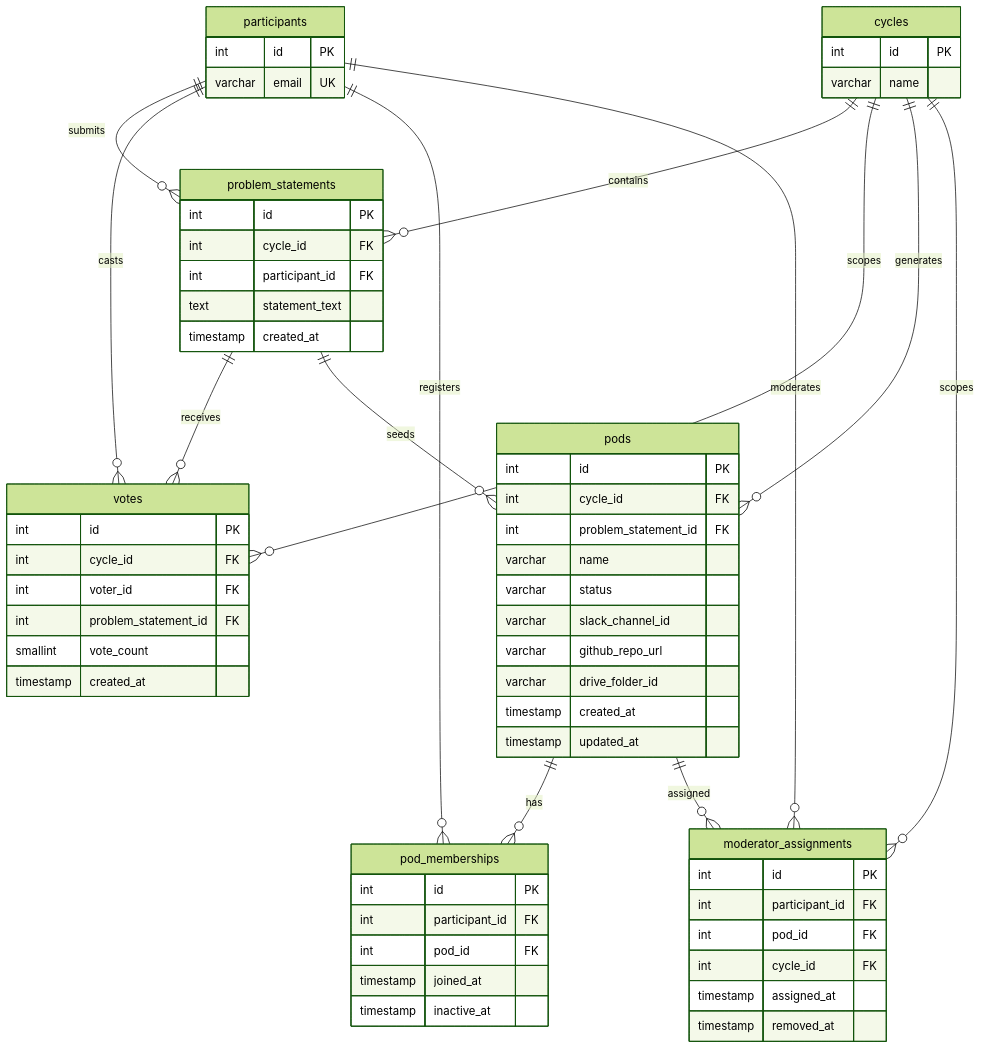
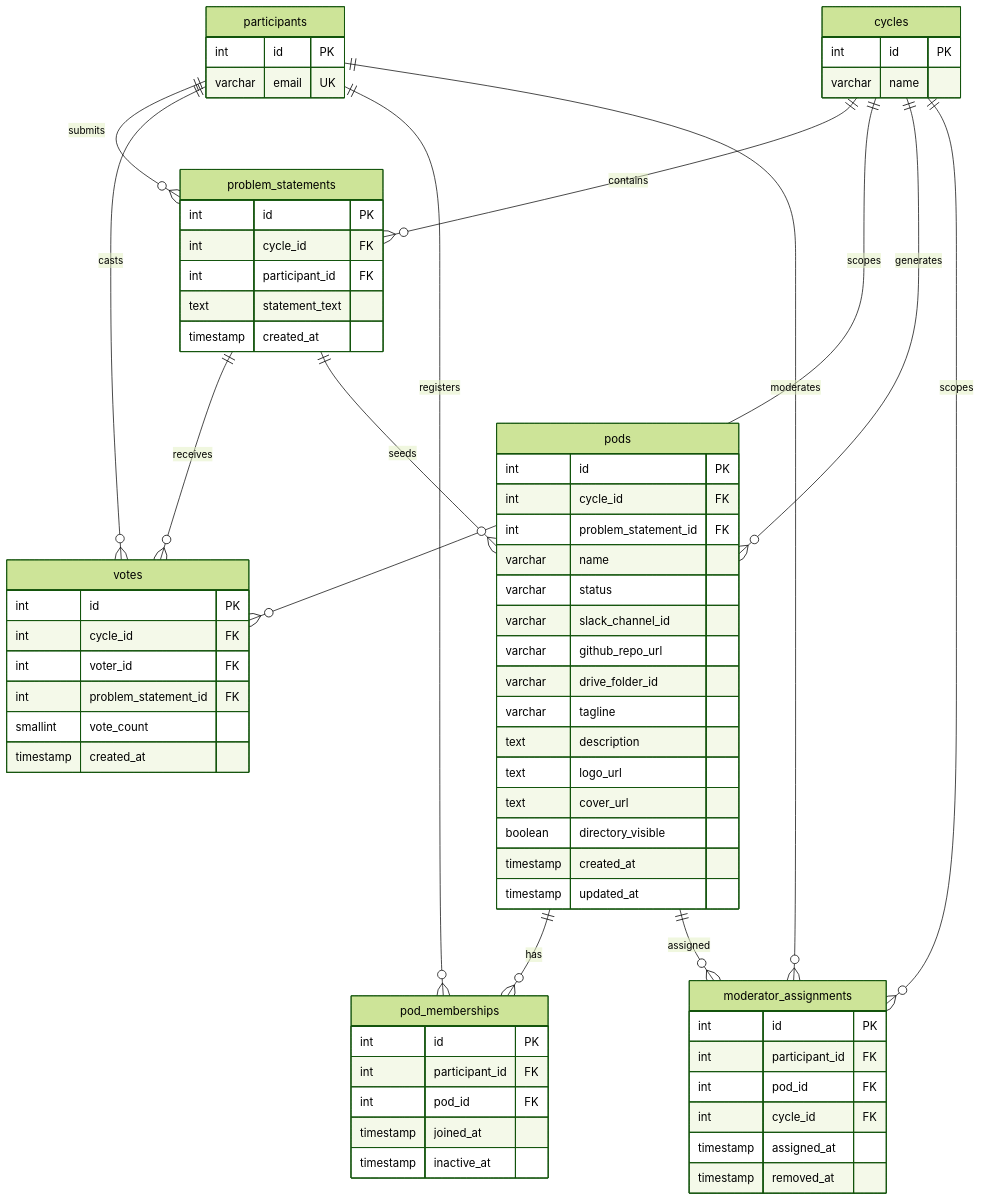
The fourth of 8 diagrams in SCHEMA.md (TheUpskillingLabs/OLOS), drawn with Mermaid (forest theme) before and after one commit. The commit also changed other lines of this file and 28 other files, not shown here.

First line of the commit message:
Add pod/project showcase pages, follow graph, and social links

````diff
--- a/SCHEMA.md
+++ b/SCHEMA.md
@@ -245,72 +245,77 @@
 ```mermaid
 erDiagram
     cycles {
         int id PK
         varchar name
     }
 
     participants {
         int id PK
         varchar email UK
     }
 
     problem_statements {
         int id PK
         int cycle_id FK
         int participant_id FK
         text statement_text
         timestamp created_at
     }
 
     votes {
         int id PK
         int cycle_id FK
         int voter_id FK
         int problem_statement_id FK
         smallint vote_count
         timestamp created_at
     }
 
     pods {
         int id PK
         int cycle_id FK
         int problem_statement_id FK
         varchar name
         varchar status
         varchar slack_channel_id
         varchar github_repo_url
         varchar drive_folder_id
+        varchar tagline
+        text description
+        text logo_url
+        text cover_url
+        boolean directory_visible
         timestamp created_at
         timestamp updated_at
     }
 
     pod_memberships {
         int id PK
         int participant_id FK
         int pod_id FK
         timestamp joined_at
         timestamp inactive_at
     }
 
     moderator_assignments {
         int id PK
         int participant_id FK
         int pod_id FK
         int cycle_id FK
         timestamp assigned_at
         timestamp removed_at
     }
 
     cycles ||--o{ problem_statements : "contains"
     participants ||--o{ problem_statements : "submits"
     problem_statements ||--o{ votes : "receives"
     participants ||--o{ votes : "casts"
     cycles ||--o{ votes : "scopes"
     problem_statements ||--o{ pods : "seeds"
     cycles ||--o{ pods : "generates"
     pods ||--o{ pod_memberships : "has"
     participants ||--o{ pod_memberships : "registers"
     pods ||--o{ moderator_assignments : "assigned"
     participants ||--o{ moderator_assignments : "moderates"
     cycles ||--o{ moderator_assignments : "scopes"
 ```
````
